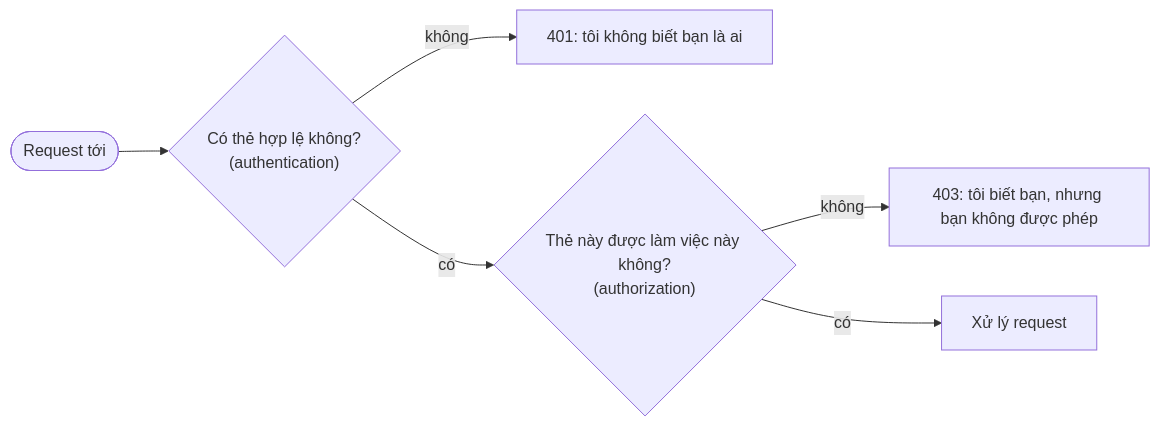
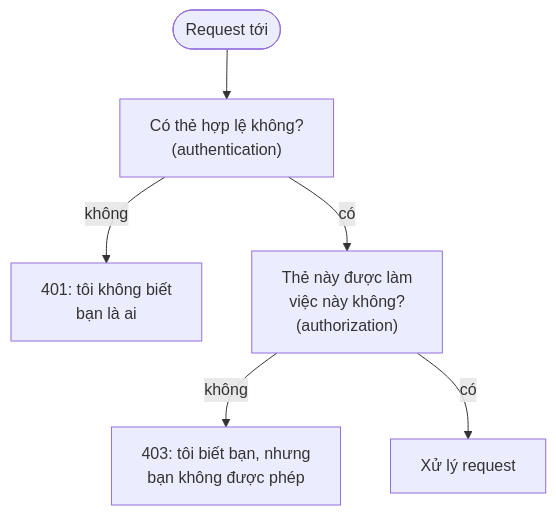
One commit to duongbui234/software-engineering-atlas changed the first of 3 diagrams in content/posts/2026-11-18-api-security.md. Above: the diagram before and after it, drawn with Mermaid. The commit also changed other lines of this file and 18 other files, not shown here.

First line of the commit message:
MQ-03 exchange-type comparison, and readable Mermaid diagrams (#6)

````diff
--- a/content/posts/2026-11-18-api-security.md
+++ b/content/posts/2026-11-18-api-security.md
@@ -57,8 +57,8 @@
 ```mermaid
-flowchart LR
-    R([Request tới]) --> A{"Có thẻ hợp lệ không?<br/>(authentication)"}
-    A -- không --> E1["401: tôi không biết bạn là ai"]
-    A -- có --> B{"Thẻ này được làm việc này không?<br/>(authorization)"}
-    B -- không --> E2["403: tôi biết bạn, nhưng bạn không được phép"]
+flowchart TB
+    R([Request tới]) --> A["Có thẻ hợp lệ không?<br/>(authentication)"]
+    A -- không --> E1["401: tôi không biết<br/>bạn là ai"]
+    A -- có --> B["Thẻ này được làm<br/>việc này không?<br/>(authorization)"]
+    B -- không --> E2["403: tôi biết bạn, nhưng<br/>bạn không được phép"]
     B -- có --> C["Xử lý request"]
 ```
````
